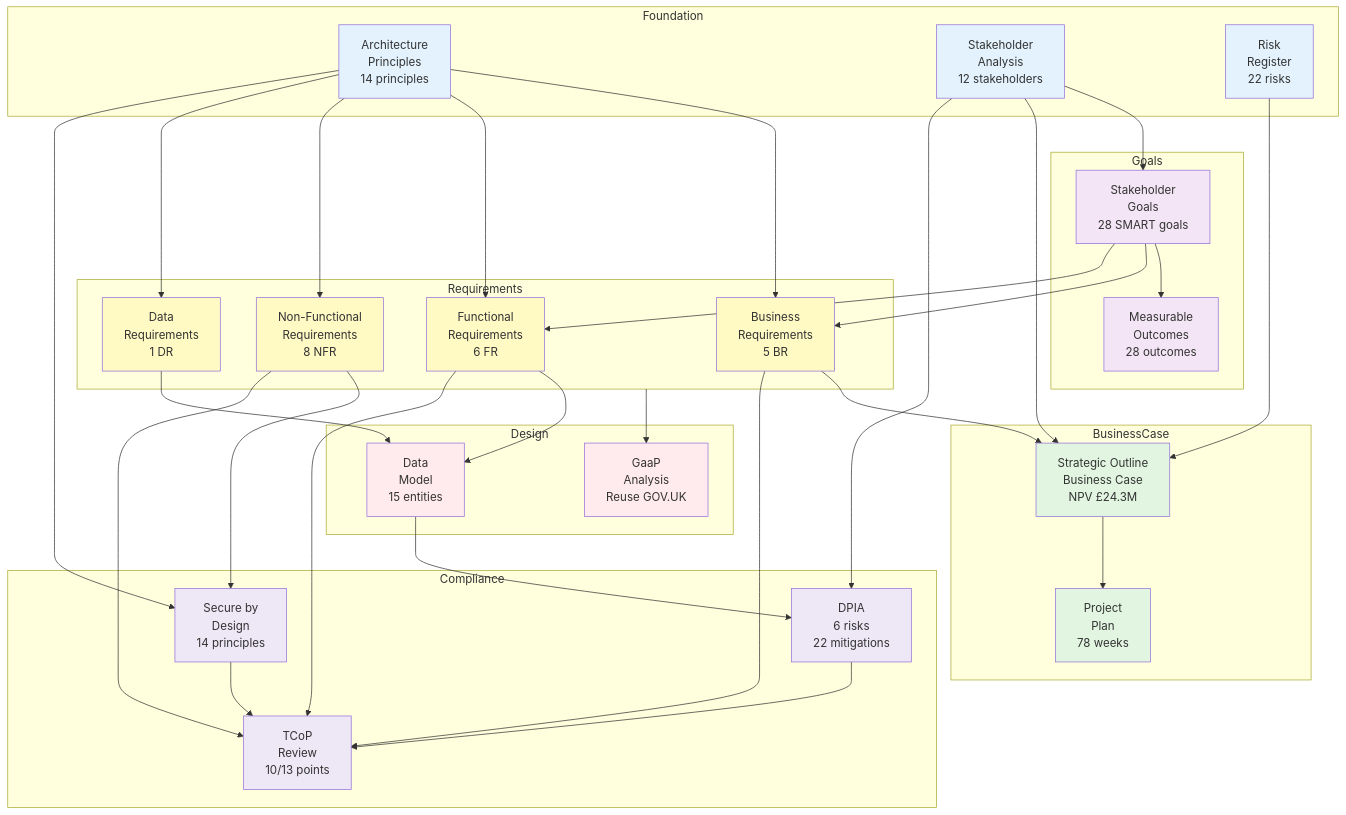
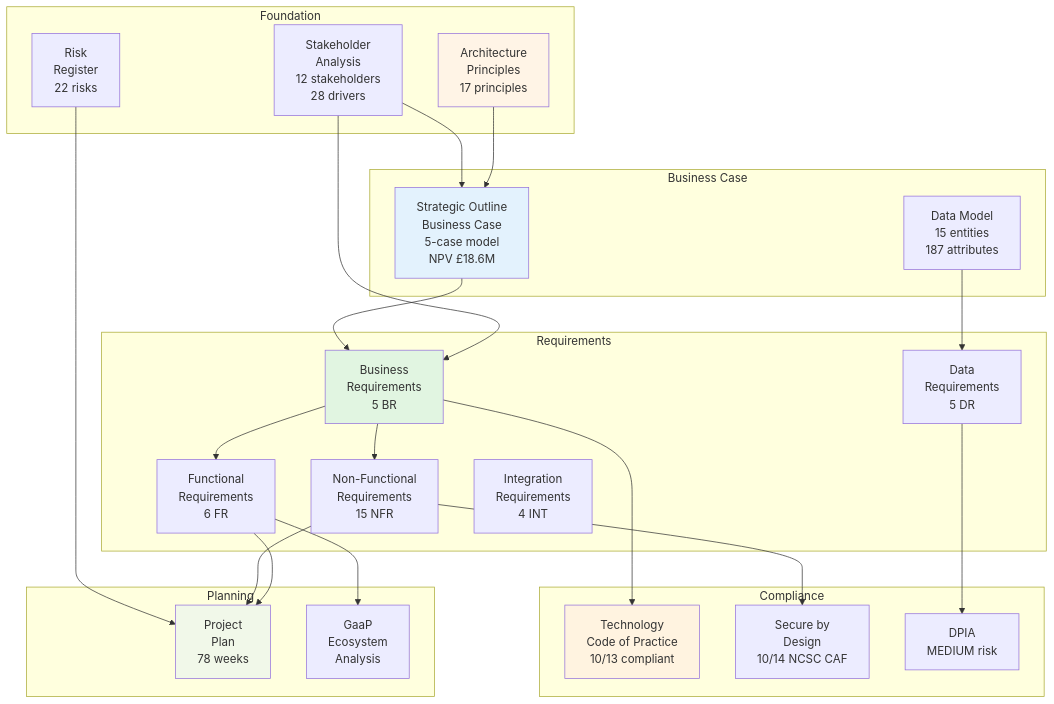
One commit to tractorjuice/arckit-test-project-v8-ons-data-platform changed the seventh of 9 diagrams in projects/001-ons-data-platform-modernisation/PROJECT-STORY.md. Above: the diagram before and after it, drawn with Mermaid. The commit also changed other lines of this file and 10 other files, not shown here.

````diff
--- a/projects/001-ons-data-platform-modernisation/PROJECT-STORY.md
+++ b/projects/001-ons-data-platform-modernisation/PROJECT-STORY.md
@@ -1178,86 +645,56 @@
 ```mermaid
 flowchart TD
     subgraph Foundation
-        Principles[Architecture<br/>Principles<br/>14 principles]
-        Stakeholders[Stakeholder<br/>Analysis<br/>12 stakeholders]
+        Principles[Architecture<br/>Principles<br/>17 principles]
+        Stakeholders[Stakeholder<br/>Analysis<br/>12 stakeholders<br/>28 drivers]
         Risk[Risk<br/>Register<br/>22 risks]
     end
 
-    subgraph Goals
-        Goals1[Stakeholder<br/>Goals<br/>28 SMART goals]
-        Outcomes1[Measurable<br/>Outcomes<br/>28 outcomes]
+    subgraph Business Case
+        SOBC[Strategic Outline<br/>Business Case<br/>5-case model<br/>NPV £18.6M]
+        DataModel[Data Model<br/>15 entities<br/>187 attributes]
     end
 
     subgraph Requirements
         BR[Business<br/>Requirements<br/>5 BR]
         FR[Functional<br/>Requirements<br/>6 FR]
-        NFR[Non-Functional<br/>Requirements<br/>8 NFR]
-        DR[Data<br/>Requirements<br/>1 DR]
-    end
-
-    subgraph BusinessCase
-        SOBC[Strategic Outline<br/>Business Case<br/>NPV £24.3M]
-        Plan[Project<br/>Plan<br/>78 weeks]
-    end
-
-    subgraph Design
-        DataModel[Data<br/>Model<br/>15 entities]
-        GaaP[GaaP<br/>Analysis<br/>Reuse GOV.UK]
+        NFR[Non-Functional<br/>Requirements<br/>15 NFR]
+        INT[Integration<br/>Requirements<br/>4 INT]
+        DR[Data<br/>Requirements<br/>5 DR]
     end
 
     subgraph Compliance
-        DPIA[DPIA<br/>6 risks<br/>22 mitigations]
-        TCoP[TCoP<br/>Review<br/>10/13 points]
-        Secure[Secure by<br/>Design<br/>14 principles]
+        TCoP[Technology<br/>Code of Practice<br/>10/13 compliant]
+        Secure[Secure by<br/>Design<br/>10/14 NCSC CAF]
+        DPIA[DPIA<br/>MEDIUM risk]
     end
 
-    Principles --> BR
-    Principles --> FR
-    Principles --> NFR
-    Principles --> DR
+    subgraph Planning
+        Plan[Project<br/>Plan<br/>78 weeks]
+        GaaP[GaaP<br/>Ecosystem<br/>Analysis]
+    end
 
-    Stakeholders --> Goals1
-    Goals1 --> Outcomes1
-    Goals1 --> BR
-    Goals1 --> FR
+    Principles --> SOBC
+    Stakeholders --> SOBC
+    Stakeholders --> BR
+    SOBC --> BR
+    BR --> FR
+    BR --> NFR
+    DataModel --> DR
 
-    Risk --> SOBC
-    Stakeholders --> SOBC
-    BR --> SOBC
-
-    SOBC --> Plan
-
-    FR --> DataModel
-    DR --> DataModel
-
-    Requirements --> GaaP
-
-    DataModel --> DPIA
-    Stakeholders --> DPIA
-
-    Principles --> Secure
-    NFR --> Secure
+    FR --> Plan
+    NFR --> Plan
+    Risk --> Plan
 
     BR --> TCoP
-    FR --> TCoP
-    NFR --> TCoP
-    DPIA --> TCoP
-    Secure --> TCoP
+    NFR --> Secure
+    DR --> DPIA
 
-    style Principles fill:#e3f2fd
-    style Stakeholders fill:#e3f2fd
-    style Risk fill:#e3f2fd
-    style Goals1 fill:#f3e5f5
-    style Outcomes1 fill:#f3e5f5
-    style BR fill:#fff9c4
-    style FR fill:#fff9c4
-    style NFR fill:#fff9c4
-    style DR fill:#fff9c4
-    style SOBC fill:#e1f5e1
-    style Plan fill:#e1f5e1
-    style DataModel fill:#ffebee
-    style GaaP fill:#ffebee
-    style DPIA fill:#ede7f6
-    style TCoP fill:#ede7f6
-    style Secure fill:#ede7f6
+    FR --> GaaP
+
+    style Principles fill:#fff4e6
+    style SOBC fill:#e3f2fd
+    style BR fill:#e1f5e1
+    style TCoP fill:#fff3e0
+    style Plan fill:#f1f8e9
 ```
````
